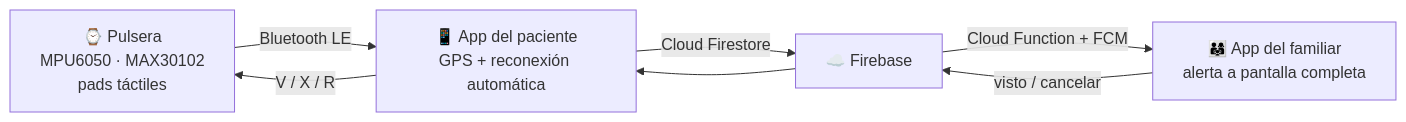
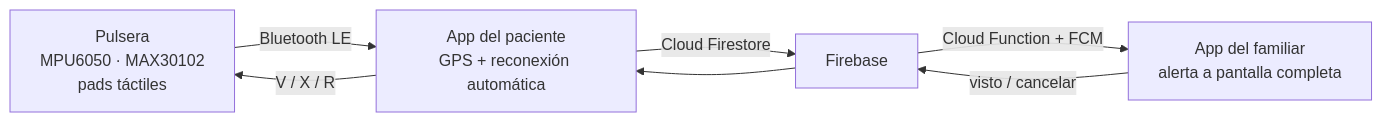
The diagram in README.md (proyectoitsv/2026_VitaLink), drawn with Mermaid before and after one commit. The commit also changed other lines of this file and 1 other file, not shown here.

````diff
--- a/README.md
+++ b/README.md
@@ -64,9 +64,9 @@
 ```mermaid
 flowchart LR
-    P["⌚ Pulsera<br/>MPU6050 · MAX30102<br/>pads táctiles"] -- "Bluetooth LE" --> C["📱 App del paciente<br/>GPS + reconexión automática"]
-    C -- "Cloud Firestore" --> N["☁️ Firebase"]
-    N -- "Cloud Function + FCM" --> F["👨‍👩‍👧 App del familiar<br/>alerta a pantalla completa"]
+    P["Pulsera<br/>MPU6050 · MAX30102<br/>pads táctiles"] -- "Bluetooth LE" --> C["App del paciente<br/>GPS + reconexión automática"]
+    C -- "Cloud Firestore" --> N["Firebase"]
+    N -- "Cloud Function + FCM" --> F["App del familiar<br/>alerta a pantalla completa"]
     F -- "visto / cancelar" --> N
     N --> C
     C -- "V / X / R" --> P
 ```
````
